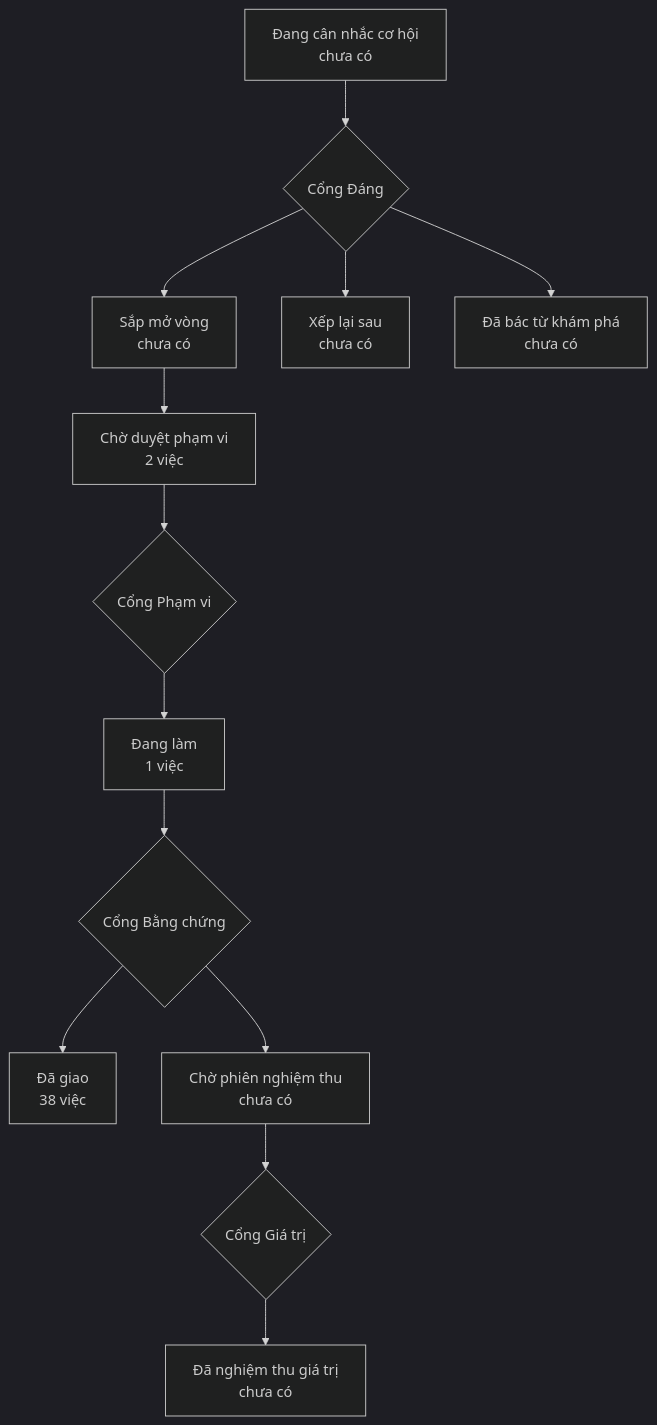
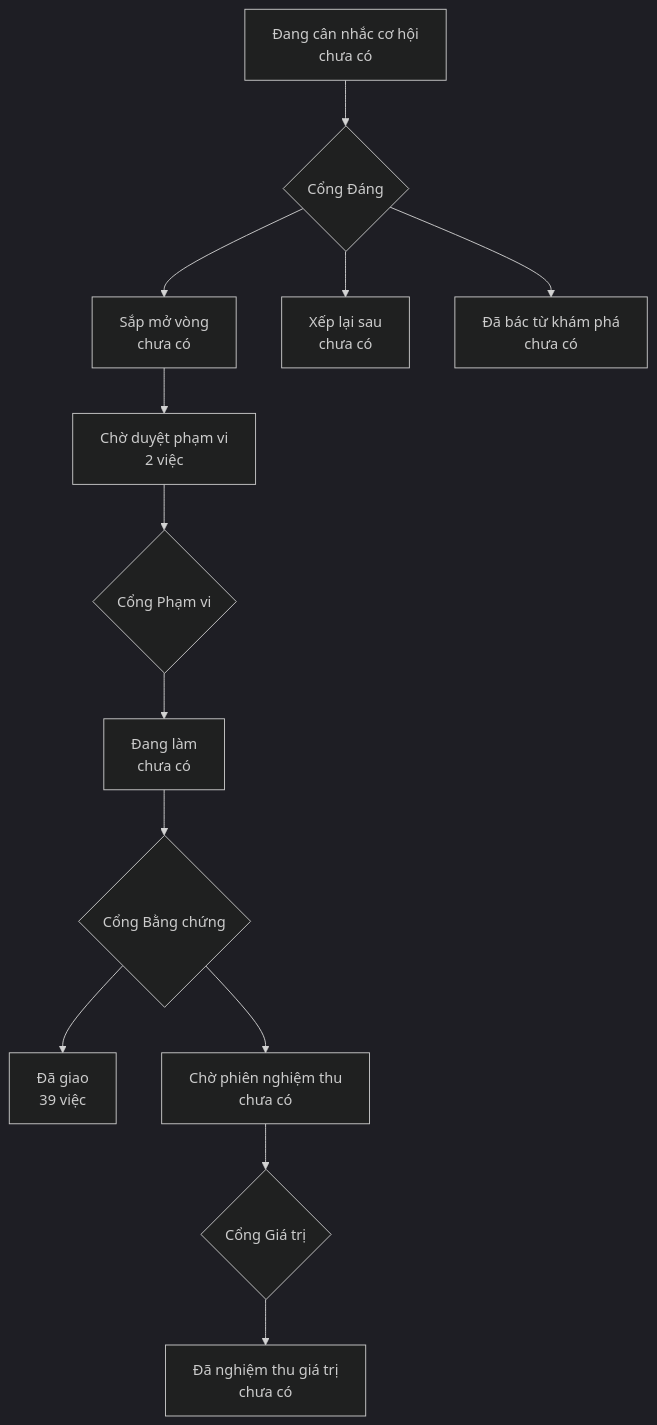
One commit to phanlemanh/acceptance-gate-kit changed the diagram in PRODUCT-MAP.md. Above: the diagram before and after it, drawn with Mermaid (dark theme). The commit also changed other lines of this file and 3 other files, not shown here.

````diff
--- a/PRODUCT-MAP.md
+++ b/PRODUCT-MAP.md
@@ -6,12 +6,12 @@
 ```mermaid
 flowchart TD
   A["Đang cân nhắc cơ hội<br/>chưa có"] --> GD{"Cổng Đáng"}
   GD --> B["Sắp mở vòng<br/>chưa có"]
   GD --> XL["Xếp lại sau<br/>chưa có"]
   GD --> DB["Đã bác từ khám phá<br/>chưa có"]
   B --> CD["Chờ duyệt phạm vi<br/>2 việc"] --> GP{"Cổng Phạm vi"}
-  GP --> DL["Đang làm<br/>1 việc"] --> GB{"Cổng Bằng chứng"}
-  GB --> DG["Đã giao<br/>38 việc"]
+  GP --> DL["Đang làm<br/>chưa có"] --> GB{"Cổng Bằng chứng"}
+  GB --> DG["Đã giao<br/>39 việc"]
   GB --> CN["Chờ phiên nghiệm thu<br/>chưa có"] --> GG{"Cổng Giá trị"}
   GG --> NT["Đã nghiệm thu giá trị<br/>chưa có"]
 ```
````
